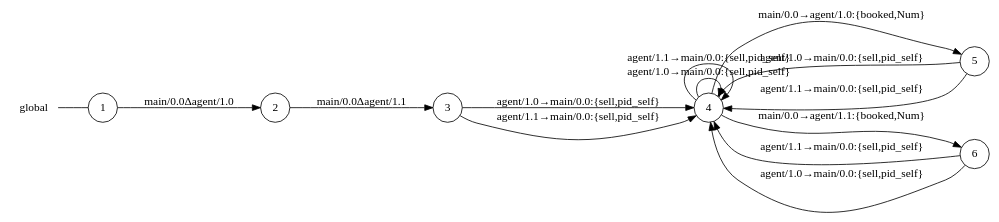
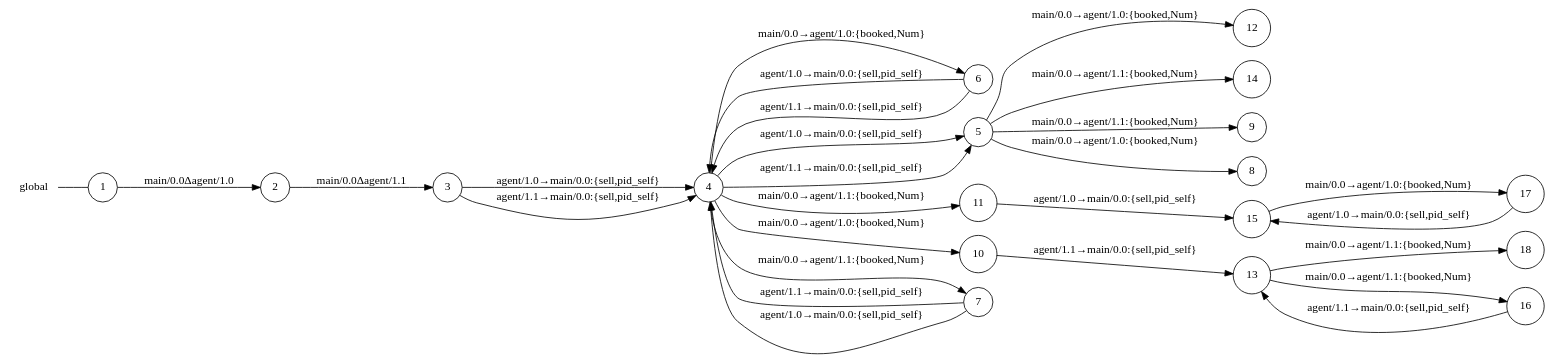
One commit to gabrielegenovese/chorer changed the diagram in examples/airline/main_0_global_view.dot. Above: the diagram before and after it, drawn with Graphviz. The commit also changed 60 other files, not shown here.

```diff
--- a/examples/airline/main_0_global_view.dot
+++ b/examples/airline/main_0_global_view.dot
@@ -1,24 +1,49 @@
 digraph global {
 	rankdir="LR";
 	n_0 [label="global", shape="plaintext"];
 	n_1 [id="5", shape=circle, label="5"];
-	n_2 [id="6", shape=circle, label="6"];
-	n_3 [id="1", shape=circle, label="1"];
-	n_0 -> n_3 [arrowhead=none];
-	n_4 [id="2", shape=circle, label="2"];
-	n_5 [id="4", shape=circle, label="4"];
-	n_6 [id="3", shape=circle, label="3"];
+	n_2 [id="15", shape=circle, label="15"];
+	n_3 [id="12", shape=circle, label="12"];
+	n_4 [id="11", shape=circle, label="11"];
+	n_5 [id="17", shape=circle, label="17"];
+	n_6 [id="18", shape=circle, label="18"];
+	n_7 [id="14", shape=circle, label="14"];
+	n_8 [id="6", shape=circle, label="6"];
+	n_9 [id="13", shape=circle, label="13"];
+	n_10 [id="10", shape=circle, label="10"];
+	n_11 [id="1", shape=circle, label="1"];
+	n_0 -> n_11 [arrowhead=none];
+	n_12 [id="9", shape=circle, label="9"];
+	n_13 [id="2", shape=circle, label="2"];
+	n_14 [id="8", shape=circle, label="8"];
+	n_15 [id="4", shape=circle, label="4"];
+	n_16 [id="7", shape=circle, label="7"];
+	n_17 [id="3", shape=circle, label="3"];
+	n_18 [id="16", shape=circle, label="16"];
 
-	n_2 -> n_5 [id="[$e|11]", label="agent/1.1→main/0.0:{sell,pid_self}"];
-	n_2 -> n_5 [id="[$e|10]", label="agent/1.0→main/0.0:{sell,pid_self}"];
-	n_5 -> n_2 [id="[$e|7]", label="main/0.0→agent/1.1:{booked,Num}"];
-	n_6 -> n_5 [id="[$e|2]", label="agent/1.0→main/0.0:{sell,pid_self}"];
-	n_6 -> n_5 [id="[$e|3]", label="agent/1.1→main/0.0:{sell,pid_self}"];
-	n_5 -> n_1 [id="[$e|5]", label="main/0.0→agent/1.0:{booked,Num}"];
-	n_5 -> n_5 [id="[$e|6]", label="agent/1.0→main/0.0:{sell,pid_self}"];
-	n_4 -> n_6 [id="[$e|1]", label="main/0.0Δagent/1.1"];
-	n_1 -> n_5 [id="[$e|9]", label="agent/1.0→main/0.0:{sell,pid_self}"];
-	n_3 -> n_4 [id="[$e|0]", label="main/0.0Δagent/1.0"];
-	n_5 -> n_5 [id="[$e|4]", label="agent/1.1→main/0.0:{sell,pid_self}"];
-	n_1 -> n_5 [id="[$e|8]", label="agent/1.1→main/0.0:{sell,pid_self}"];
+	n_1 -> n_12 [id="[$e|11]", label="main/0.0→agent/1.1:{booked,Num}"];
+	n_8 -> n_15 [id="[$e|10]", label="agent/1.0→main/0.0:{sell,pid_self}"];
+	n_15 -> n_16 [id="[$e|7]", label="main/0.0→agent/1.1:{booked,Num}"];
+	n_1 -> n_7 [id="[$e|18]", label="main/0.0→agent/1.1:{booked,Num}"];
+	n_17 -> n_15 [id="[$e|2]", label="agent/1.0→main/0.0:{sell,pid_self}"];
+	n_17 -> n_15 [id="[$e|3]", label="agent/1.1→main/0.0:{sell,pid_self}"];
+	n_15 -> n_8 [id="[$e|5]", label="main/0.0→agent/1.0:{booked,Num}"];
+	n_2 -> n_5 [id="[$e|21]", label="main/0.0→agent/1.0:{booked,Num}"];
+	n_1 -> n_3 [id="[$e|16]", label="main/0.0→agent/1.0:{booked,Num}"];
+	n_15 -> n_10 [id="[$e|14]", label="main/0.0→agent/1.0:{booked,Num}"];
+	n_9 -> n_18 [id="[$e|20]", label="main/0.0→agent/1.1:{booked,Num}"];
+	n_15 -> n_1 [id="[$e|6]", label="agent/1.0→main/0.0:{sell,pid_self}"];
+	n_5 -> n_2 [id="[$e|23]", label="agent/1.0→main/0.0:{sell,pid_self}"];
+	n_13 -> n_17 [id="[$e|1]", label="main/0.0Δagent/1.1"];
+	n_4 -> n_2 [id="[$e|19]", label="agent/1.0→main/0.0:{sell,pid_self}"];
+	n_10 -> n_9 [id="[$e|17]", label="agent/1.1→main/0.0:{sell,pid_self}"];
+	n_16 -> n_15 [id="[$e|13]", label="agent/1.1→main/0.0:{sell,pid_self}"];
+	n_8 -> n_15 [id="[$e|9]", label="agent/1.1→main/0.0:{sell,pid_self}"];
+	n_15 -> n_4 [id="[$e|15]", label="main/0.0→agent/1.1:{booked,Num}"];
+	n_11 -> n_13 [id="[$e|0]", label="main/0.0Δagent/1.0"];
+	n_9 -> n_6 [id="[$e|24]", label="main/0.0→agent/1.1:{booked,Num}"];
+	n_16 -> n_15 [id="[$e|12]", label="agent/1.0→main/0.0:{sell,pid_self}"];
+	n_18 -> n_9 [id="[$e|22]", label="agent/1.1→main/0.0:{sell,pid_self}"];
+	n_15 -> n_1 [id="[$e|4]", label="agent/1.1→main/0.0:{sell,pid_self}"];
+	n_1 -> n_14 [id="[$e|8]", label="main/0.0→agent/1.0:{booked,Num}"];
 }
```
